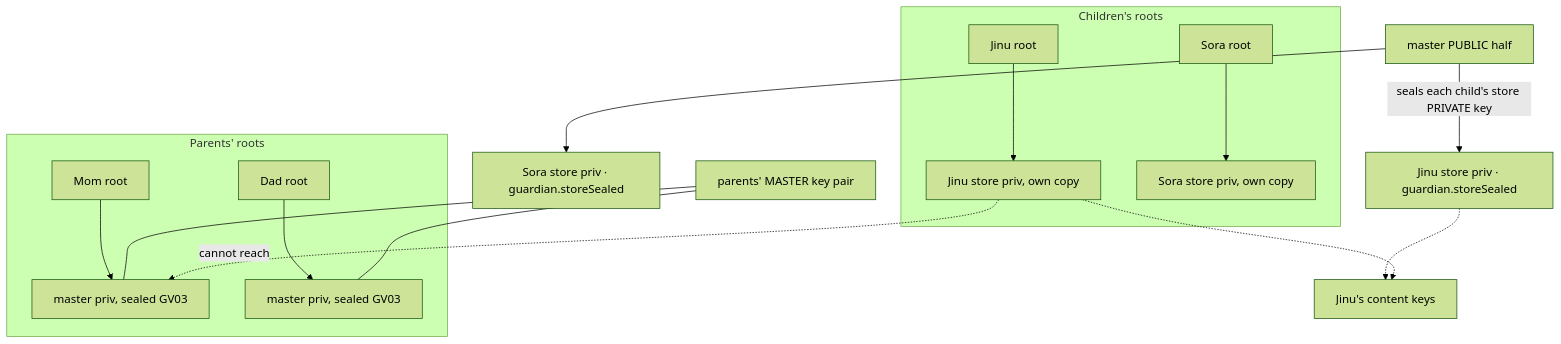
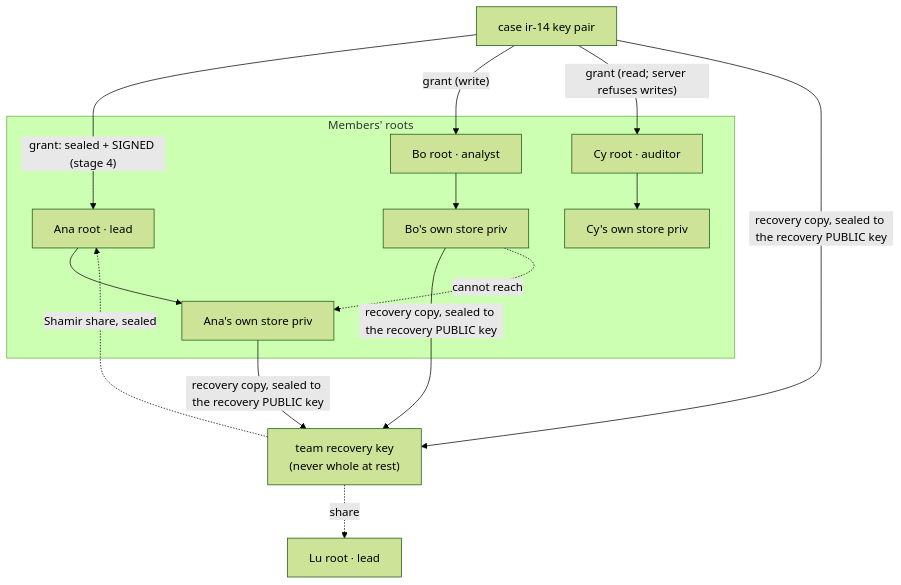
One commit to dudueul/gorani changed the fifth of 7 diagrams in docs/ARCHITECTURE-DEEP.md. Above: the diagram before and after it, drawn with Mermaid (forest theme). The commit also changed other lines of this file and 49 other files, not shown here.

First line of the commit message:
commit 27c: the master key, guardian copies and the act-for rule removed

````diff
--- a/docs/ARCHITECTURE-DEEP.md
+++ b/docs/ARCHITECTURE-DEEP.md
@@ -126,17 +126,15 @@
 ```mermaid
 flowchart TB
-    subgraph parents[Parents' roots]
-        PR1[Mom root] --> PM1[master priv, sealed GV03]
-        PR2[Dad root] --> PM2[master priv, sealed GV03]
+    subgraph members[Members' roots]
+        AR[Ana root · lead] --> AK[Ana's own store priv]
+        BR[Bo root · analyst] --> BK[Bo's own store priv]
+        CR[Cy root · auditor] --> CK[Cy's own store priv]
     end
-    PM["parents' MASTER key pair"] --- PM1 & PM2
-    MPub[master PUBLIC half] -- "seals each child's store PRIVATE key" --> CS1[Jinu store priv · guardian.storeSealed]
-    MPub --> CS2[Sora store priv · guardian.storeSealed]
-    subgraph children[Children's roots]
-        CR1[Jinu root] --> K1[Jinu store priv, own copy]
-        CR2[Sora root] --> K2[Sora store priv, own copy]
-    end
-    K1 -. cannot reach .-> PM1
-    CS1 -.-> J1[Jinu's content keys]
-    K1 -.-> J1
+    CASE["case ir-14 key pair"] -- "grant: sealed + SIGNED (stage 4)" --> AR
+    CASE -- "grant (write)" --> BR
+    CASE -- "grant (read; server refuses writes)" --> CR
+    REC["team recovery key<br/>(never whole at rest)"] -. "Shamir share, sealed" .-> AR
+    REC -. "share" .-> LR[Lu root · lead]
+    AK & BK & CASE -- "recovery copy, sealed to the recovery PUBLIC key" --> REC
+    BK -. cannot reach .-> AK
 ```
````
